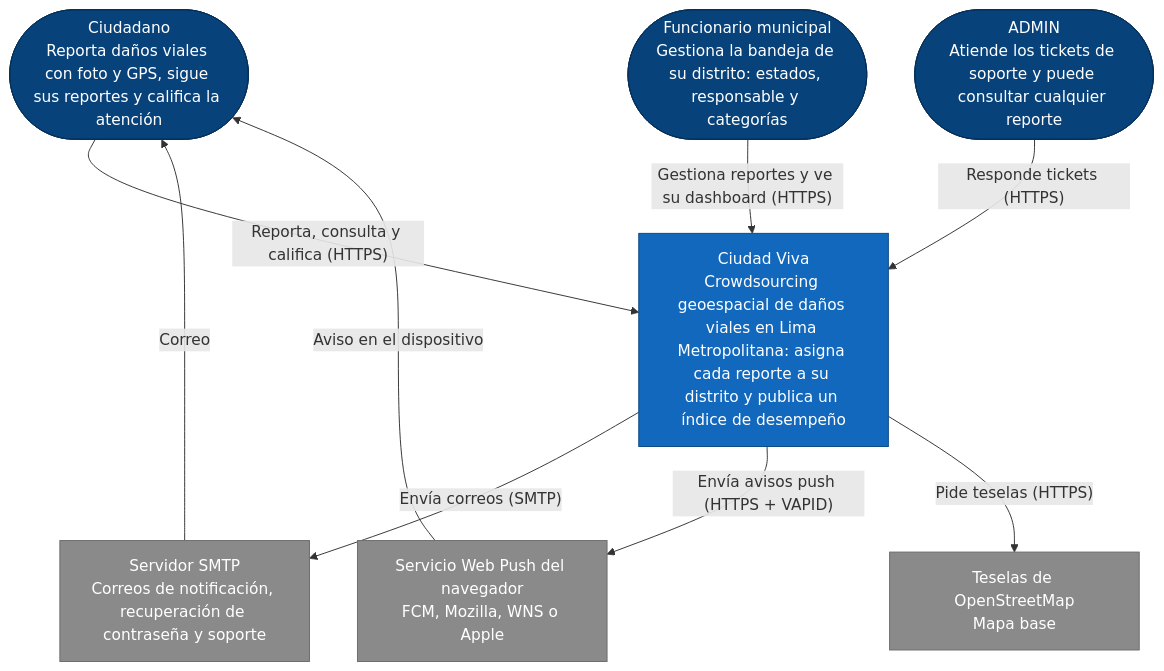
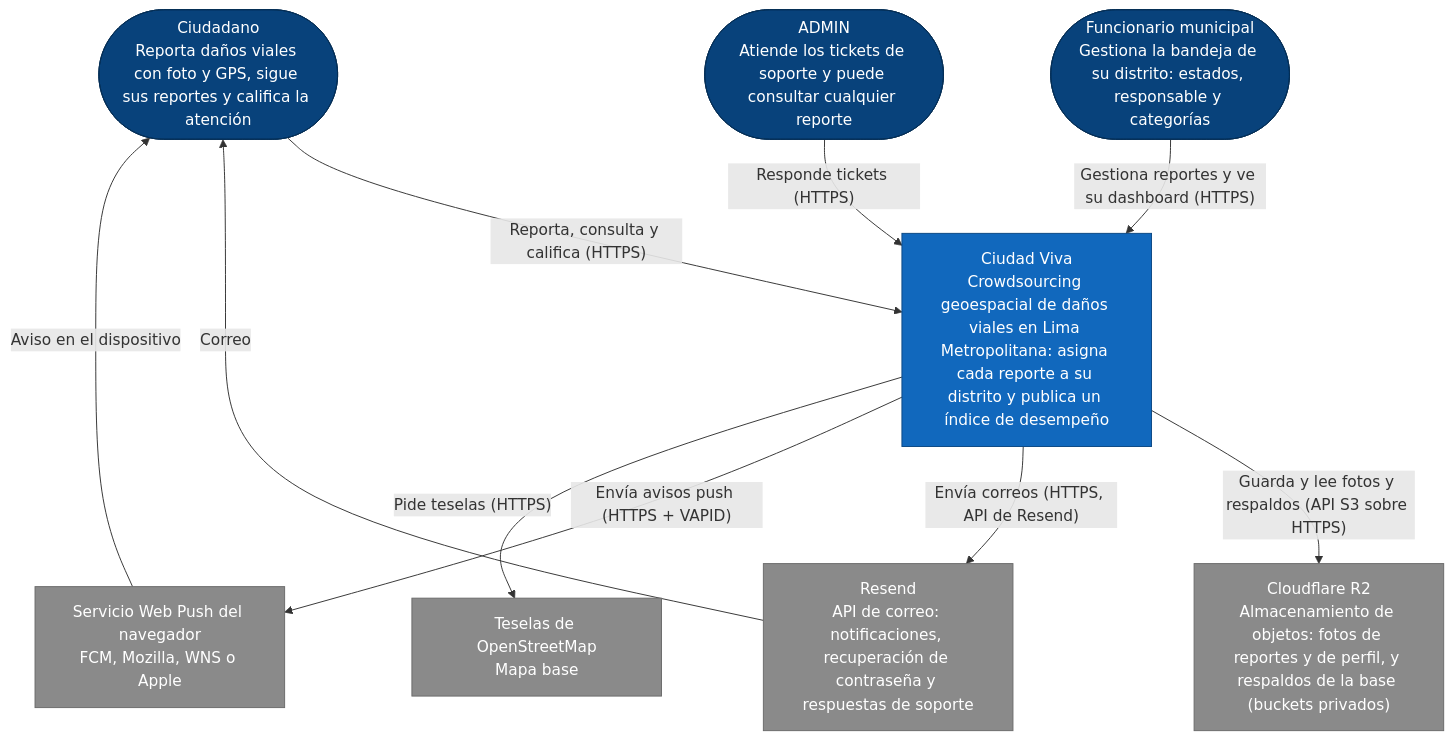
One commit to TP202620041/tesis changed the diagram in docs/arquitectura/c4-contexto.md. Above: the diagram before and after it, drawn with Mermaid. The commit also changed other lines of this file and 6 other files, not shown here.

First line of the commit message:
DOC: diagramas de arquitectura (R2 y Resend en los C4, despliegue con las decisiones aceptadas, V18 y QA-1 en los generados)

````diff
--- a/docs/arquitectura/c4-contexto.md
+++ b/docs/arquitectura/c4-contexto.md
@@ -5,28 +5,30 @@
 ```mermaid
 flowchart TB
   ciudadano(["Ciudadano<br/>Reporta daños viales con foto y GPS, sigue sus reportes y califica la atención"])
   funcionario(["Funcionario municipal<br/>Gestiona la bandeja de su distrito: estados, responsable y categorías"])
   admin(["ADMIN<br/>Atiende los tickets de soporte y puede consultar cualquier reporte"])
 
   viasegura["Ciudad Viva<br/>Crowdsourcing geoespacial de daños viales en Lima Metropolitana: asigna cada reporte a su distrito y publica un índice de desempeño"]
 
-  smtp["Servidor SMTP<br/>Correos de notificación, recuperación de contraseña y soporte"]
+  r2["Cloudflare R2<br/>Almacenamiento de objetos: fotos de reportes y de perfil, y respaldos de la base (buckets privados)"]
+  resend["Resend<br/>API de correo: notificaciones, recuperación de contraseña y respuestas de soporte"]
   push["Servicio Web Push del navegador<br/>FCM, Mozilla, WNS o Apple"]
   osm["Teselas de OpenStreetMap<br/>Mapa base"]
 
   ciudadano -->|"Reporta, consulta y califica (HTTPS)"| viasegura
   funcionario -->|"Gestiona reportes y ve su dashboard (HTTPS)"| viasegura
   admin -->|"Responde tickets (HTTPS)"| viasegura
-  viasegura -->|"Envía correos (SMTP)"| smtp
+  viasegura -->|"Guarda y lee fotos y respaldos (API S3 sobre HTTPS)"| r2
+  viasegura -->|"Envía correos (HTTPS, API de Resend)"| resend
   viasegura -->|"Envía avisos push (HTTPS + VAPID)"| push
   viasegura -->|"Pide teselas (HTTPS)"| osm
-  smtp -->|"Correo"| ciudadano
+  resend -->|"Correo"| ciudadano
   push -->|"Aviso en el dispositivo"| ciudadano
 
   classDef persona fill:#08427b,stroke:#052e56,color:#ffffff
   classDef sistema fill:#1168bd,stroke:#0b4884,color:#ffffff
   classDef externo fill:#8a8a8a,stroke:#6b6b6b,color:#ffffff
   class ciudadano,funcionario,admin persona
   class viasegura sistema
-  class smtp,push,osm externo
+  class r2,resend,push,osm externo
 ```
````
